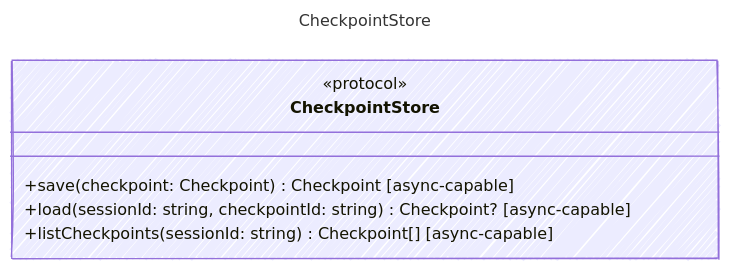
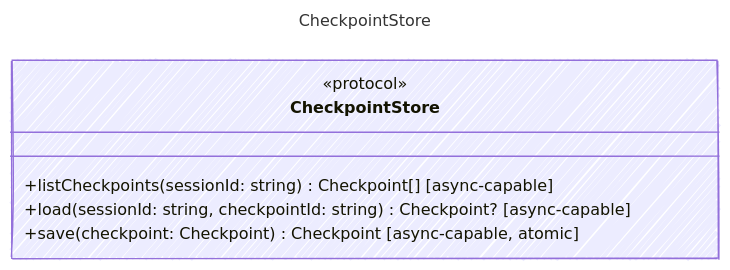
One commit to microsoft/prompty changed the diagram in web/src/content/docs/reference/CheckpointStore.md. Above: the diagram before and after it, drawn with Mermaid. The commit also changed other lines of this file and 1472 other files, not shown here.

````diff
--- a/web/src/content/docs/reference/CheckpointStore.md
+++ b/web/src/content/docs/reference/CheckpointStore.md
@@ -12,17 +12,17 @@
 ```mermaid
 ---
 title: CheckpointStore
 config:
   look: handDrawn
   theme: colorful
   class:
     hideEmptyMembersBox: true
 ---
 classDiagram
     class CheckpointStore {
       <<protocol>>
-        +save(checkpoint: Checkpoint) Checkpoint [async-capable]
+        +listCheckpoints(sessionId: string) Checkpoint[] [async-capable]
         +load(sessionId: string, checkpointId: string) Checkpoint? [async-capable]
-        +listCheckpoints(sessionId: string) Checkpoint[] [async-capable]
+        +save(checkpoint: Checkpoint) Checkpoint [async-capable, atomic]
     }
 ```
````
